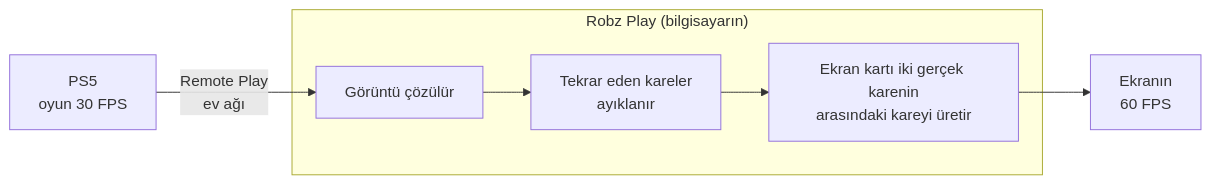
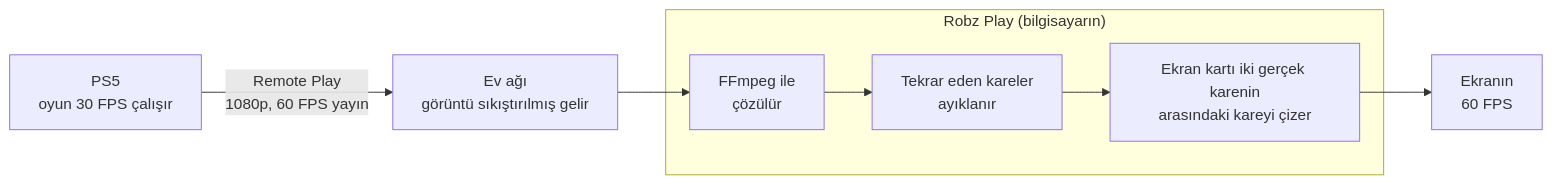
Before and after one commit to kutsalkiremitci/robz-play: the diagram in README.md, drawn with Mermaid. The commit also changed other lines of this file and 11 other files, not shown here.

````diff
--- a/README.md
+++ b/README.md
@@ -78,9 +312,10 @@
 ```mermaid
 flowchart LR
-    PS5["PS5<br/>oyun 30 FPS"] -- "Remote Play<br/>ev ağı" --> COZ["Görüntü çözülür"]
+    PS5["PS5<br/>oyun 30 FPS çalışır"] -- "Remote Play<br/>1080p, 60 FPS yayın" --> AG["Ev ağı<br/>görüntü sıkıştırılmış gelir"]
     subgraph RP["Robz Play (bilgisayarın)"]
-        COZ --> AYIKLA["Tekrar eden kareler<br/>ayıklanır"]
-        AYIKLA --> URET["Ekran kartı iki gerçek karenin<br/>arasındaki kareyi üretir"]
+        COZ["FFmpeg ile<br/>çözülür"] --> AYIKLA["Tekrar eden kareler<br/>ayıklanır"]
+        AYIKLA --> URET["Ekran kartı iki gerçek karenin<br/>arasındaki kareyi çizer"]
     end
+    AG --> COZ
     URET --> EKRAN["Ekranın<br/>60 FPS"]
 ```
````
